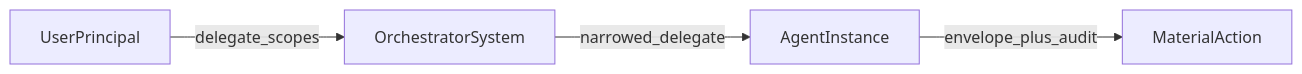
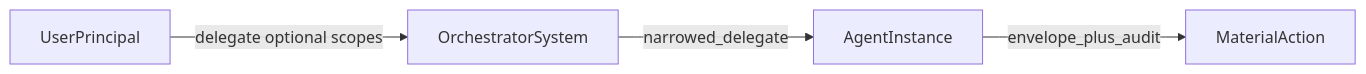
The diagram in ROADMAP.md (mansura-habiba/autonomous-identity), drawn with Mermaid before and after one commit. The commit also changed other lines of this file and 58 other files, not shown here.

````diff
--- a/ROADMAP.md
+++ b/ROADMAP.md
@@ -38,10 +132,10 @@
 ```mermaid
 flowchart LR
     userPrincipal[UserPrincipal]
     orchestrator[OrchestratorSystem]
     agentInstance[AgentInstance]
     materialAction[MaterialAction]
-    userPrincipal -->|"delegate_scopes"| orchestrator
+    userPrincipal -->|"delegate optional scopes"| orchestrator
     orchestrator -->|"narrowed_delegate"| agentInstance
     agentInstance -->|"envelope_plus_audit"| materialAction
 ```
````
